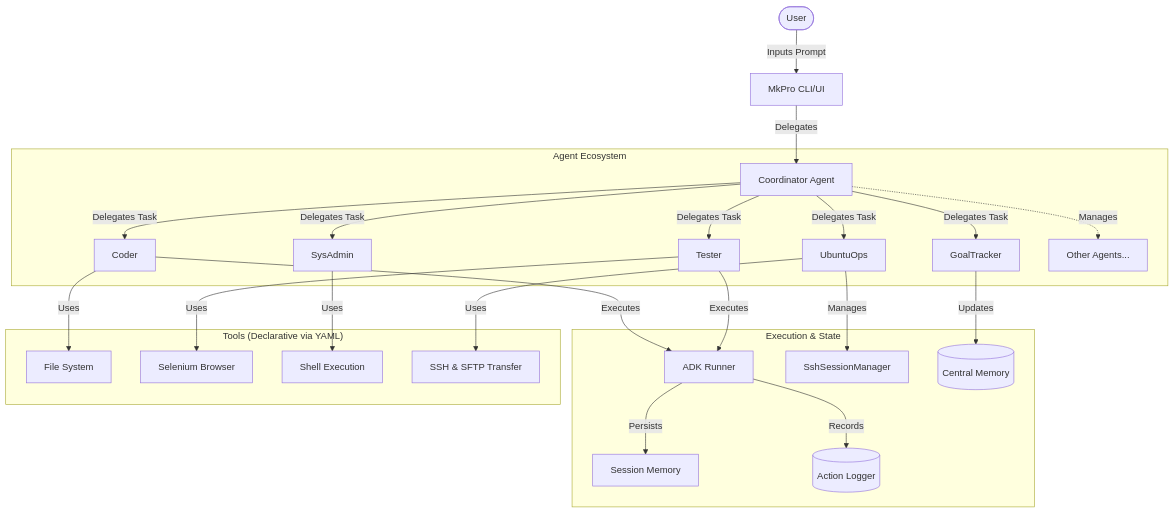
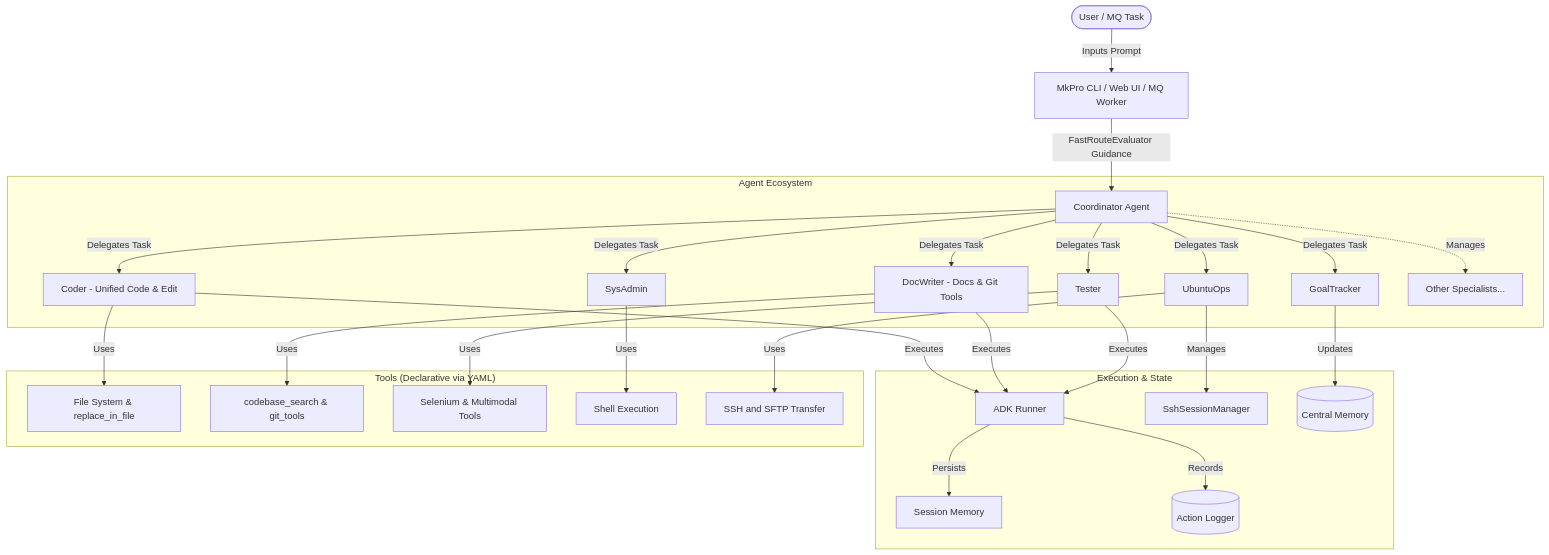
One commit to redbus-labs/mkpro changed the diagram in README.md. Above: the diagram before and after it, drawn with Mermaid. The commit also changed other lines of this file and 3 other files, not shown here.

Commit message:
docs: update README, AGENTS, and AGENT documentation for v4.9.0 features [mkpro]

````diff
--- a/README.md
+++ b/README.md
@@ -30,30 +30,33 @@
 ```mermaid
 graph TD
-    User([User]) -->|Inputs Prompt| MkPro[MkPro CLI/UI]
-    MkPro -->|Delegates| Coordinator[Coordinator Agent]
+    User([User / MQ Task]) -->|Inputs Prompt| MkPro[MkPro CLI / Web UI / MQ Worker]
+    MkPro -->|FastRouteEvaluator Guidance| Coordinator[Coordinator Agent]
     
     subgraph "Agent Ecosystem"
-        Coordinator -->|Delegates Task| Coder[Coder]
+        Coordinator -->|Delegates Task| Coder[Coder - Unified Code & Edit]
+        Coordinator -->|Delegates Task| DocWriter[DocWriter - Docs & Git Tools]
         Coordinator -->|Delegates Task| Tester[Tester]
         Coordinator -->|Delegates Task| SysAdmin[SysAdmin]
         Coordinator -->|Delegates Task| UbuntuOps[UbuntuOps]
         Coordinator -->|Delegates Task| GoalTracker[GoalTracker]
-        Coordinator -.->|Manages| Others[Other Agents...]
+        Coordinator -.->|Manages| Others[Other Specialists...]
     end
 
     subgraph "Execution & State"
         Coder -->|Executes| Runner[ADK Runner]
+        DocWriter -->|Executes| Runner
         Tester -->|Executes| Runner
         UbuntuOps -->|Manages| SshMgr[SshSessionManager]
         Runner -->|Persists| Session[Session Memory]
         Runner -->|Records| ActionLogger[(Action Logger)]
         GoalTracker -->|Updates| CentralMem[(Central Memory)]
     end
 
     subgraph "Tools (Declarative via YAML)"
-        Coder -->|Uses| FileTools[File System]
-        Tester -->|Uses| Selenium[Selenium Browser]
+        Coder -->|Uses| FileTools[File System & replace_in_file]
+        DocWriter -->|Uses| GitSearch[codebase_search & git_tools]
+        Tester -->|Uses| Selenium[Selenium & Multimodal Tools]
         SysAdmin -->|Uses| Shell[Shell Execution]
-        UbuntuOps -->|Uses| SshTools[SSH & SFTP Transfer]
+        UbuntuOps -->|Uses| SshTools[SSH and SFTP Transfer]
     end
 ```
````
